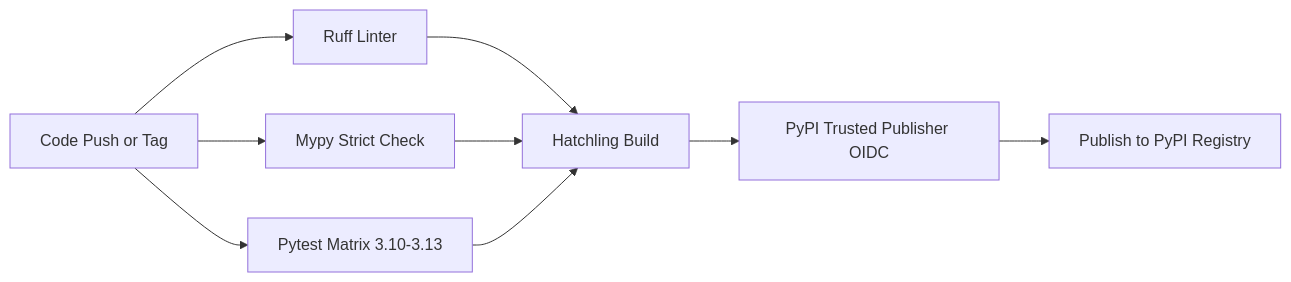
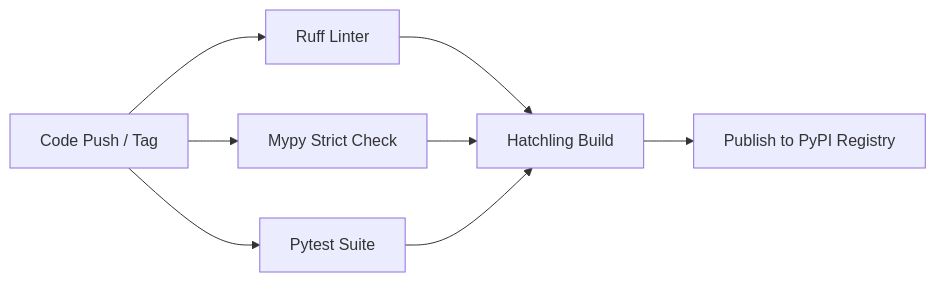
One commit to AhmadHassan-BTed/ShopifyAutoAuth changed the third of 3 diagrams in README.md. Above: the diagram before and after it, drawn with Mermaid. The commit also changed other lines of this file, not shown here.

Commit message:
docs: fix Mermaid syntax for web renderer and document PyPA src layout rationale

````diff
--- a/README.md
+++ b/README.md
@@ -293,13 +287,12 @@
 ```mermaid
 flowchart LR
-    Push[Code Push or Tag] --> Lint[Ruff Linter]
-    Push --> TypeCheck[Mypy Strict Check]
-    Push --> Test[Pytest Matrix 3.10-3.13]
+    Push["Code Push / Tag"] --> Lint["Ruff Linter"]
+    Push --> TypeCheck["Mypy Strict Check"]
+    Push --> Test["Pytest Suite"]
     
-    Lint --> Build[Hatchling Build]
+    Lint --> Build["Hatchling Build"]
     TypeCheck --> Build
     Test --> Build
 
-    Build --> OIDC[PyPI Trusted Publisher OIDC]
-    OIDC --> PyPI[Publish to PyPI Registry]
+    Build --> PyPI["Publish to PyPI Registry"]
 ```
````
